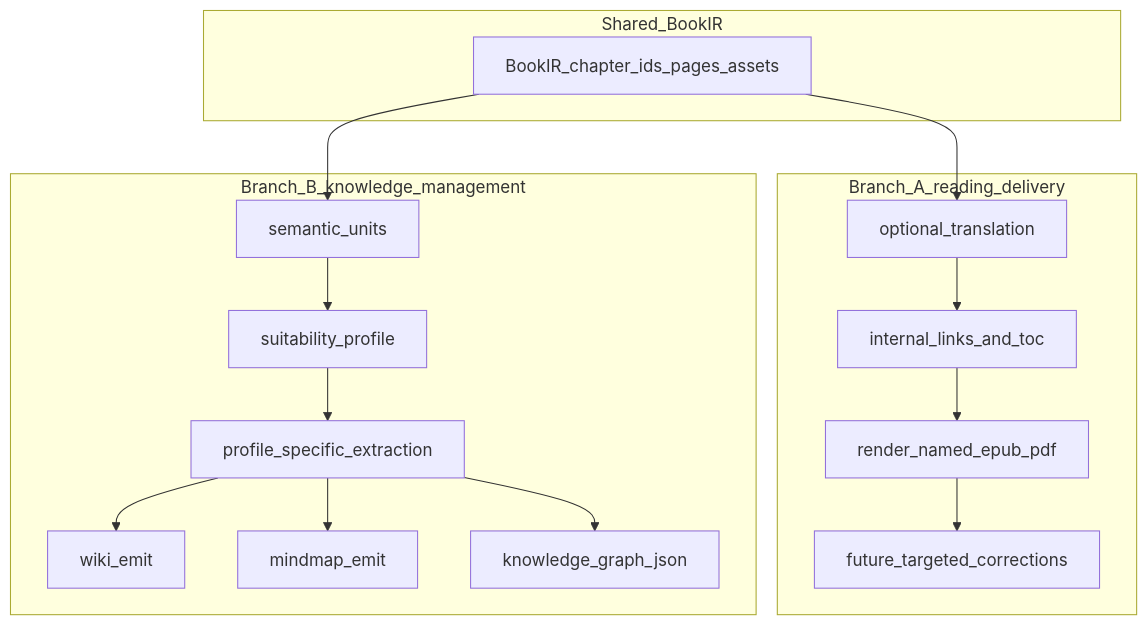
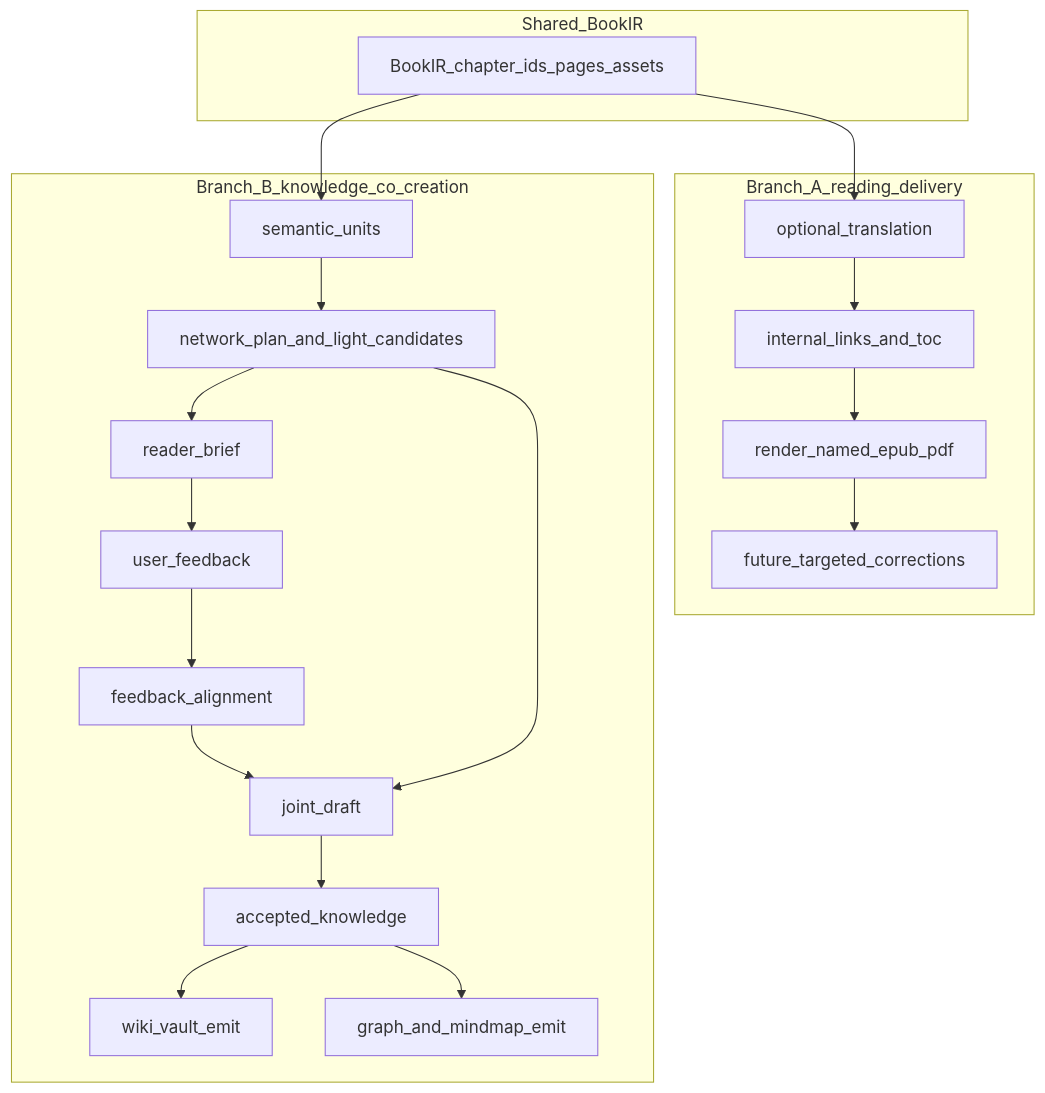
The second of 2 diagrams in docs/ROADMAP.md (roycehwa/book-weaver), drawn with Mermaid before and after one commit. The commit also changed other lines of this file and 23 other files, not shown here.

````diff
--- a/docs/ROADMAP.md
+++ b/docs/ROADMAP.md
@@ -49,24 +52,27 @@
 ```mermaid
 flowchart TB
   subgraph shared [Shared_BookIR]
     IR[BookIR_chapter_ids_pages_assets]
   end
   subgraph branchA [Branch_A_reading_delivery]
     T[optional_translation]
     NAV[internal_links_and_toc]
     EPUB[render_named_epub_pdf]
     PATCH[future_targeted_corrections]
     IR --> T --> NAV --> EPUB --> PATCH
   end
-  subgraph branchB [Branch_B_knowledge_management]
+  subgraph branchB [Branch_B_knowledge_co_creation]
     SU[semantic_units]
-    PROF[suitability_profile]
-    EX[profile_specific_extraction]
-    W[wiki_emit]
-    M[mindmap_emit]
-    G[knowledge_graph_json]
-    IR --> SU --> PROF --> EX --> W
-    EX --> M
-    EX --> G
+    PROF[network_plan_and_light_candidates]
+    BRIEF[reader_brief]
+    FB[user_feedback]
+    ALIGN[feedback_alignment]
+    DRAFT[joint_draft]
+    ACCEPT[accepted_knowledge]
+    W[wiki_vault_emit]
+    G[graph_and_mindmap_emit]
+    IR --> SU --> PROF --> BRIEF --> FB --> ALIGN --> DRAFT --> ACCEPT --> W
+    PROF --> DRAFT
+    ACCEPT --> G
   end
 ```
````
